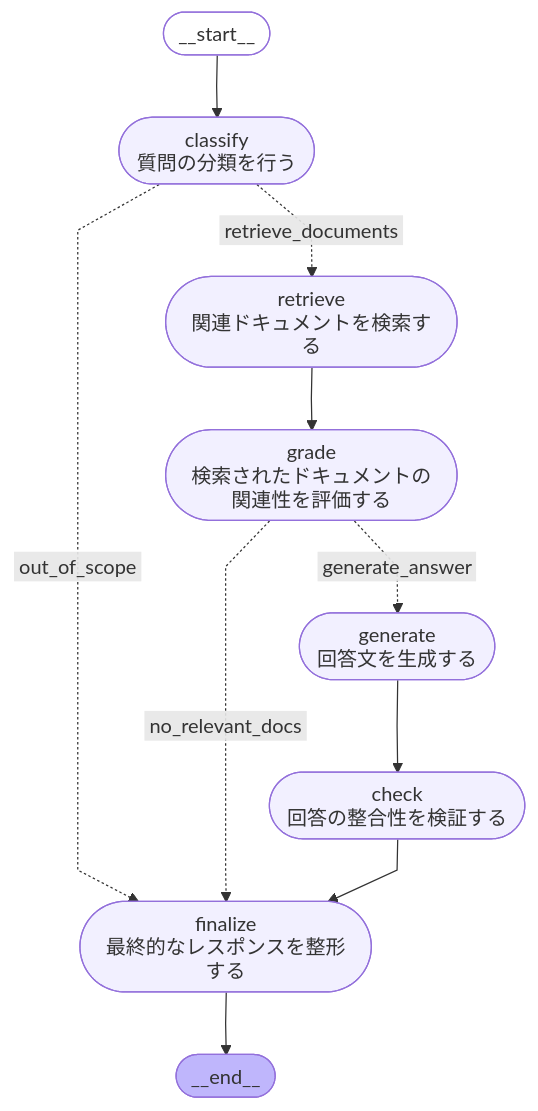
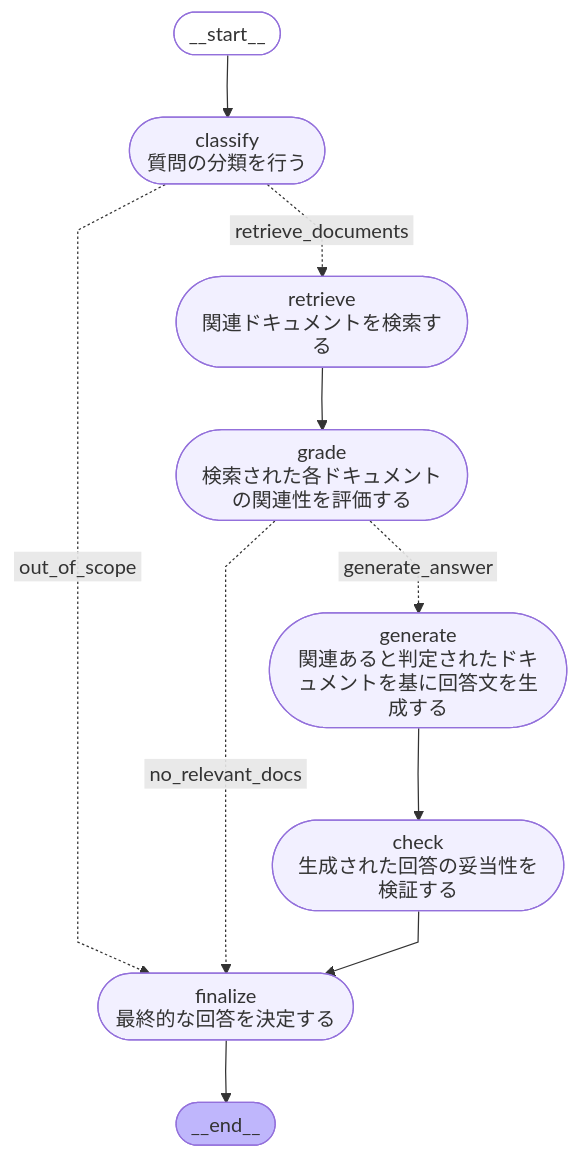
One commit to kohosoda/langchain_test changed the diagram in README.md. Above: the diagram before and after it, drawn with Mermaid. The commit also changed other lines of this file, not shown here.

Commit message:
docs: Mermaid説明文の表現を調整

````diff
--- a/README.md
+++ b/README.md
@@ -69,29 +69,29 @@
 ```mermaid
 ---
 config:
   flowchart:
     curve: linear
 ---
 graph TD;
 	__start__([<p>__start__</p>]):::first
 	classify(["classify<br/>質問の分類を行う"])
 	retrieve(["retrieve<br/>関連ドキュメントを検索する"])
-	grade(["grade<br/>検索されたドキュメントの関連性を評価する"])
-	generate(["generate<br/>回答文を生成する"])
-	check(["check<br/>回答の整合性を検証する"])
-	finalize(["finalize<br/>最終的なレスポンスを整形する"])
+	grade(["grade<br/>検索された各ドキュメントの関連性を評価する"])
+	generate(["generate<br/>関連あると判定されたドキュメントを基に回答文を生成する"])
+	check(["check<br/>生成された回答の妥当性を検証する"])
+	finalize(["finalize<br/>最終的な回答を決定する"])
 	__end__([<p>__end__</p>]):::last
 	__start__ --> classify;
 	check --> finalize;
 	classify -. &nbsp;out_of_scope&nbsp; .-> finalize;
 	classify -. &nbsp;retrieve_documents&nbsp; .-> retrieve;
 	generate --> check;
 	grade -. &nbsp;no_relevant_docs&nbsp; .-> finalize;
 	grade -. &nbsp;generate_answer&nbsp; .-> generate;
 	retrieve --> grade;
 	finalize --> __end__;
 	classDef default fill:#f2f0ff,line-height:1.2
 	classDef first fill-opacity:0
 	classDef last fill:#bfb6fc
 
 ```
````
